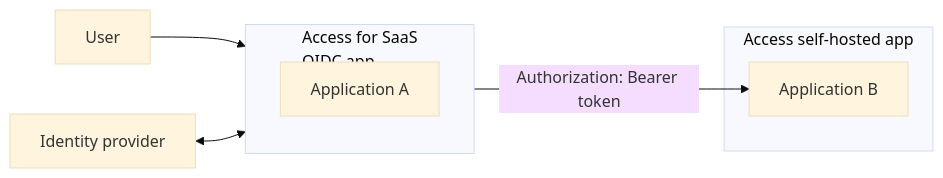
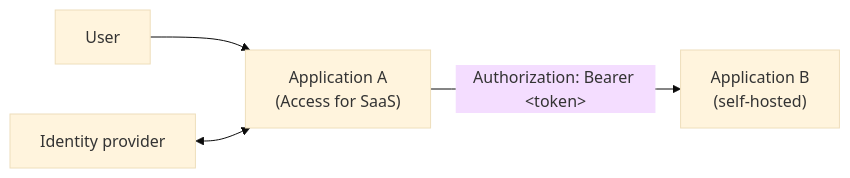
The second of 2 diagrams in src/content/docs/cloudflare-one/access-controls/applications/linked-app-token.mdx (cloudflare/cloudflare-docs), drawn with Mermaid (base theme) before and after one commit. The commit also changed other lines of this file and 3 other files, not shown here.

````diff
--- a/src/content/docs/cloudflare-one/access-controls/applications/linked-app-token.mdx
+++ b/src/content/docs/cloudflare-one/access-controls/applications/linked-app-token.mdx
@@ -119,15 +118,7 @@
 ```mermaid
 flowchart LR
 accTitle: SaaS to self-hosted linked app token flow
-    subgraph SaaS["Access for SaaS <br> OIDC app"]
-        mcp["Application A"]
-    end
-
-    subgraph "Access self-hosted app"
-        app1["Application B"]
-    end
-
-    User --> SaaS
-    SaaS -- "Authorization: Bearer token" --> app1
-    idp[Identity provider] <--> SaaS
+    User --> appA["Application A <br> (Access for SaaS)"]
+    appA -- "Authorization: Bearer &lt;token&gt;" --> appB["Application B <br> (self-hosted)"]
+    idp[Identity provider] <--> appA
 ```
````
